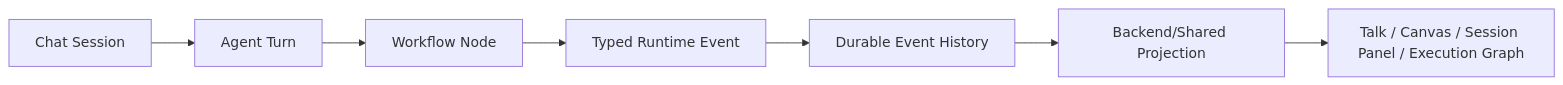
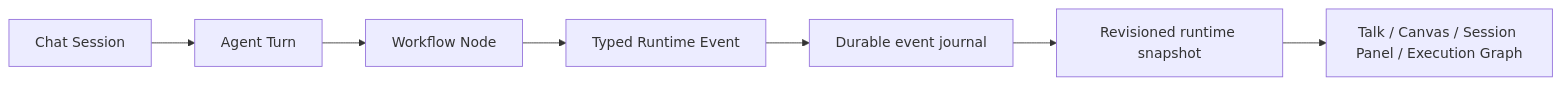
The second of 4 diagrams in project-spec.md (Radomiej/kalio-forever), drawn with Mermaid before and after one commit. The commit also changed other lines of this file and 125 other files, not shown here.

First line of the commit message:
feat: add ContextAssemblyService tests for agent flow model contract

````diff
--- a/project-spec.md
+++ b/project-spec.md
@@ -14,9 +41,9 @@
 ```mermaid
 flowchart LR
   Chat["Chat Session"] --> Turn["Agent Turn"]
   Turn --> Node["Workflow Node"]
   Node --> Event["Typed Runtime Event"]
-  Event --> Store["Durable Event History"]
-  Store --> Projection["Backend/Shared Projection"]
+  Event --> Store["Durable event journal"]
+  Store --> Projection["Revisioned runtime snapshot"]
   Projection --> UI["Talk / Canvas / Session Panel / Execution Graph"]
 ```
````
